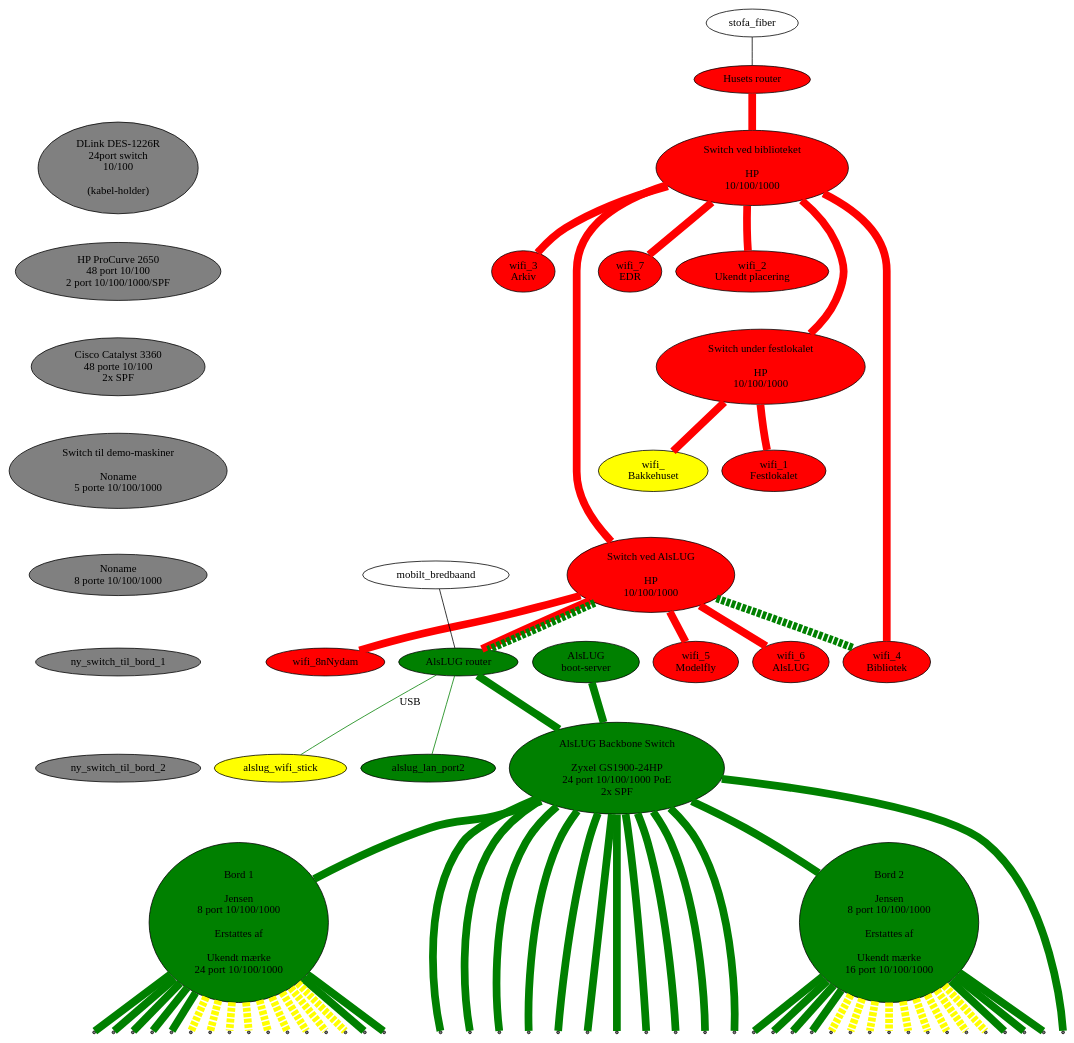
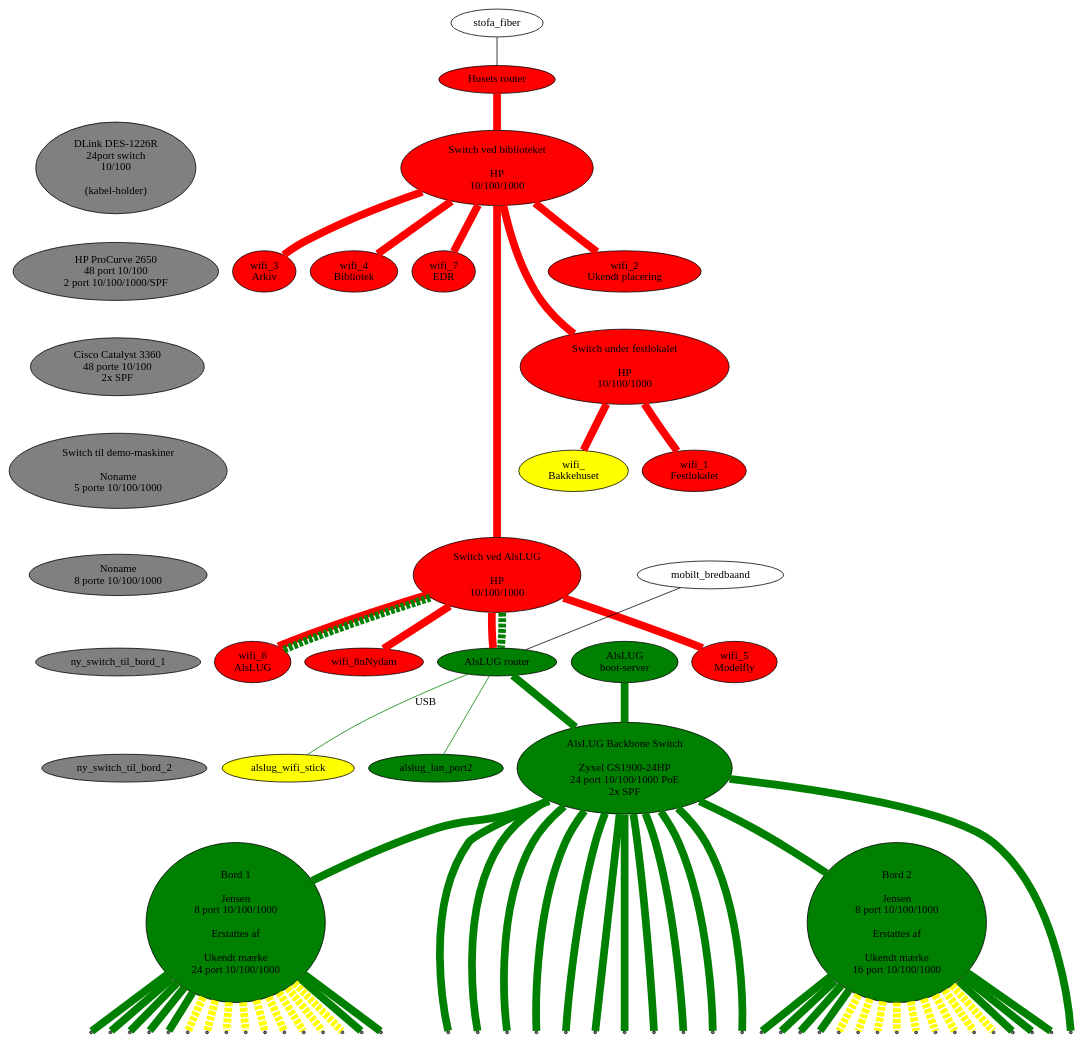
Before and after one commit to alslug/alslug.dk: the diagram in projekter/network.dot, drawn with Graphviz.

```diff
--- a/projekter/network.dot
+++ b/projekter/network.dot
@@ -1,97 +1,97 @@
 digraph xxx {
 #  link_12a [ shape=point ];
 #  link_12b [ shape=point ];
 #  link_12c [ shape=point ];
   edge [ dir=none penwidth=10 ];
 
   node [ style=filled fillcolor=red ];
   husets_router [ label="Husets router" ];
   husets_switch_1 [ label="Switch ved biblioteket\n\nHP\n10/100/1000" ];
   husets_switch_2 [ label="Switch ved AlsLUG\n\nHP\n10/100/1000" ];
   festlokale_switch [ label="Switch under festlokalet\n\nHP\n10/100/1000" ];
   wifi_1 [ label="wifi_1\nFestlokalet" ];
   wifi_2 [ label="wifi_2\nUkendt placering" ];
   wifi_3 [ label="wifi_3\nArkiv"];
   wifi_4 [ label="wifi_4\nBibliotek" ];
   wifi_5 [ label="wifi_5\nModelfly" ];
   wifi_6 [ label="wifi_6\nAlsLUG" ];
   wifi_7 [ label="wifi_7\nEDR" ];
   wifi_8 [ label="wifi_\8nNydam" ];
   wifi_9 [ label="wifi_\nBakkehuset" fillcolor=yellow ];
   
   node [ style=filled fillcolor=green ];
   alslug_router [ label="AlsLUG router" ];
   alslug_gl_bootserver [ label="AlsLUG\nboot-server" ];
   alslug_backbone_switch [ label="AlsLUG Backbone Switch\n\nZyxel GS1900-24HP\n24 port 10/100/1000 PoE\n2x SPF"];
   bord_1 [ label="Bord 1\n\nJensen\n8 port 10/100/1000\n\n Erstattes af\n\nUkendt mærke\n24 port 10/100/1000"];
   bord_2 [ label="Bord 2\n\nJensen\n8 port 10/100/1000\n\n Erstattes af\n\nUkendt mærke\n16 port 10/100/1000"];
   alslug_wifi_stick alslug_lan_port2;
   
   // Udstyr som pt ikke bruges
   node [ style=filled fillcolor=gray ];
   switch_24p      [ label="DLink DES-1226R\n24port switch\n10/100\n\n(kabel-holder)"];
   switch_48p      [ label="HP ProCurve 2650\n48 port 10/100\n2 port 10/100/1000/SPF"];
   switch_48p_poe  [ label="Cisco Catalyst 3360\n48 porte 10/100\n2x SPF"];
   switch_5p       [ label="Switch til demo-maskiner\n\nNoname\n5 porte 10/100/1000" ];
   switch_8p       [ label="Noname\n8 porte 10/100/1000"];
   
   switch_24p -> switch_48p -> switch_48p_poe -> switch_5p -> switch_8p -> ny_switch_til_bord_1 -> ny_switch_til_bord_2 -> bord_1 [ color=invis ];
   
   
   node [ style=normal ];
   // Internet forbindelser
   stofa_fiber      -> husets_router [ penwidth=1 fillcolor=black style=filled ];
   mobilt_bredbaand -> alslug_router [ penwidth=1 fillcolor=black style=filled ];
   
   // Husets forbindelser
   edge  [ color=red style=solid ];
   husets_switch_1 -> festlokale_switch -> {             wifi_1                                                  wifi_9 };
   husets_router -> husets_switch_1 -> {                        wifi_2 wifi_3 wifi_4               wifi_7               };
   husets_switch_1 -> husets_switch_2 -> { alslug_router                             wifi_5 wifi_6        wifi_8        };
 
   // VLAN forbindelser over bakkensbros netværk
   edge  [ color=green style=dashed ];
-  husets_switch_2 -> { alslug_router wifi_4 };
+  husets_switch_2 -> { alslug_router wifi_6 };
 
   alslug_wifi_stick [ fillcolor=yellow style=filled ];
 
   // Interne forbindelser
   edge [ color=green style=solid ];
   node [ shape=point ];
   
   {alslug_router alslug_gl_bootserver} -> alslug_backbone_switch -> { bord_1 bord_2 
                   vindue_left_12  vindue_left_11  vindue_left_10  vindue_left_9
                   vindue_center_8 vindue_center_7 vindue_center_6 vindue_center_5
                   vindue_right_4  vindue_right_3  vindue_right_2  vindue_right_1
                   }
 
   alslug_router -> alslug_wifi_stick [ penwidth=1 label="USB" ];
   alslug_router -> alslug_lan_port2 [ penwidth=1 ];
   
   bord_1 -> {
                   bord_1_1 bord_1_2 bord_1_3 bord_1_4 bord_1_5 bord_1_6 bord_1_7
                 };
   bord_1 -> {
                   bord_1_8 bord_1_9 bord_1_10 bord_1_11 bord_1_12 bord_1_13 bord_1_14 bord_1_15 bord_1_16
                 } [ style=dashed color=yellow ];
   bord_2 -> {
                   bord_2_1 bord_2_2 bord_2_3 bord_2_4 bord_2_5 bord_2_6 bord_2_7
                 };
   bord_2 -> {
                   bord_2_8 bord_2_9 bord_2_10 bord_2_11 bord_2_12 bord_2_13 bord_2_14 bord_2_15 bord_2_16
                 } [ style=dashed color=yellow ];
                 
   edge [ color=invis ];
   husets_switch_1 -> wifi_2 -> festlokale_switch -> wifi_1 -> husets_switch_2;
 
   subgraph {
     rank = same;
                   vindue_left_12;   vindue_left_11;   vindue_left_10;   vindue_left_9;
                   vindue_center_8;  vindue_center_7;  vindue_center_6;  vindue_center_5;
                   vindue_right_4;   vindue_right_3;   vindue_right_2;   vindue_right_1;
                   bord_1_1;   bord_1_2;   bord_1_3;   bord_1_4;   bord_1_5;   bord_1_6;   bord_1_7;   bord_1_8;
                   bord_1_9;   bord_1_10;  bord_1_11;  bord_1_12;  bord_1_13;  bord_1_14;  bord_1_15;  bord_1_16;
                   bord_2_1;   bord_2_2;   bord_2_3;   bord_2_4;   bord_2_5;   bord_2_6;   bord_2_7;   bord_2_8;
                   bord_2_9;   bord_2_10;  bord_2_11;  bord_2_12;  bord_2_13;  bord_2_14;  bord_2_15;  bord_2_16;
   }
 }
```
